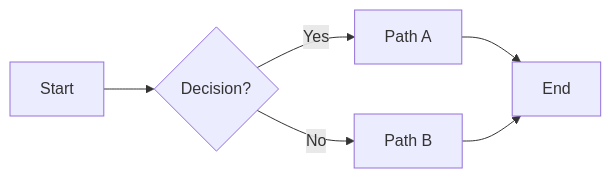
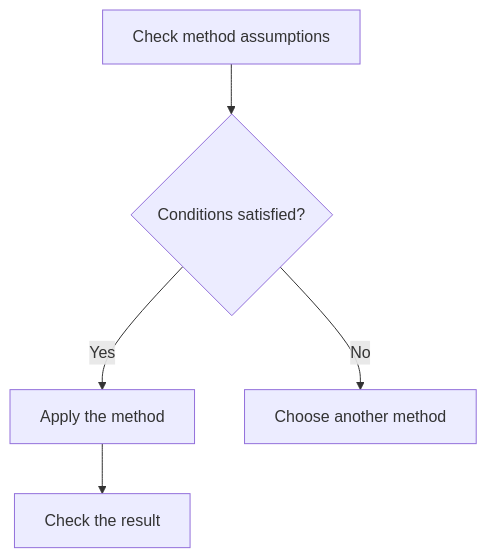
The diagram in skills/obsidian-notes-creator/references/components/diagrams.md (szeyu/vibe-study-skills), drawn with Mermaid before and after one commit. The commit also changed other lines of this file and 13 other files, not shown here.

````diff
--- a/skills/obsidian-notes-creator/references/components/diagrams.md
+++ b/skills/obsidian-notes-creator/references/components/diagrams.md
@@ -23,8 +32,7 @@
 ```mermaid
-flowchart LR
-    A[Start] --> B{Decision?}
-    B -->|Yes| C[Path A]
-    B -->|No| D[Path B]
-    C --> E[End]
-    D --> E
+flowchart TD
+    A["Check method assumptions"] --> B{"Conditions satisfied?"}
+    B -->|Yes| C["Apply the method"]
+    B -->|No| D["Choose another method"]
+    C --> E["Check the result"]
 ```
````
